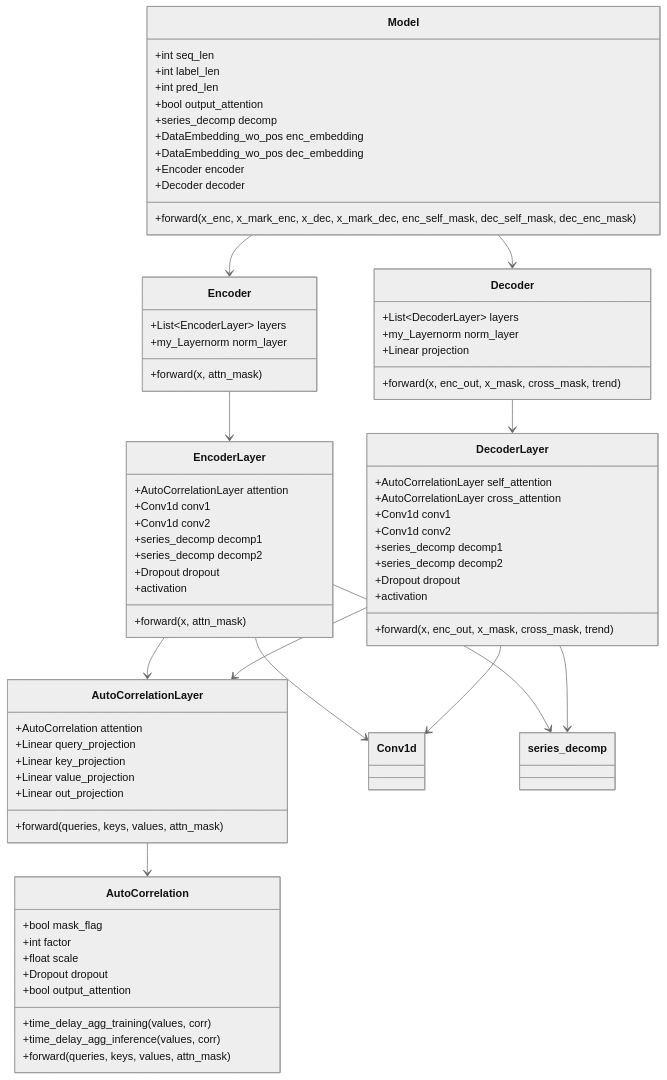
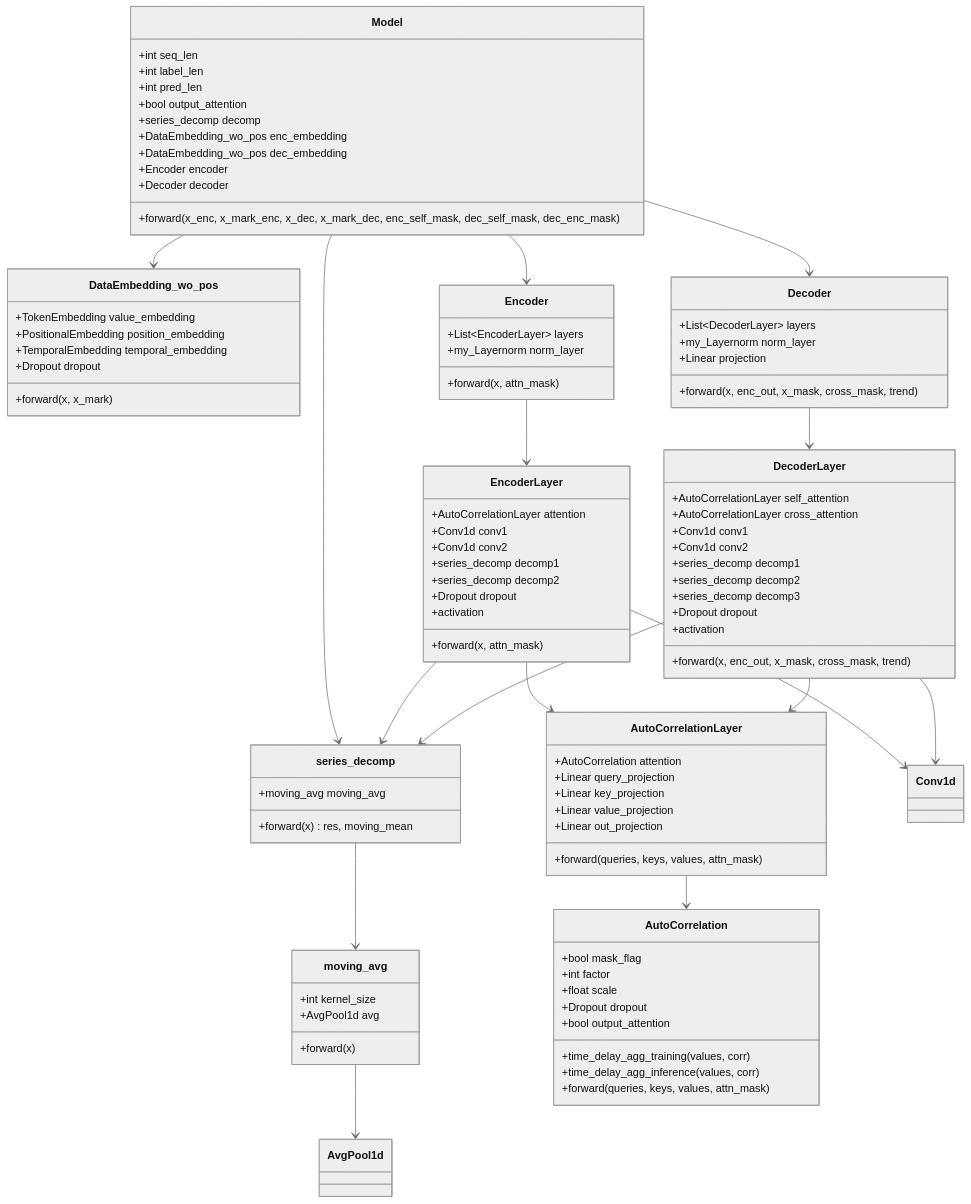
Before and after one commit to dearRongerr/Rongerr.github.io: the fourth of 6 diagrams in docs/Reproduction/6_AutoFormer.md, drawn with Mermaid (neutral theme). The commit also changed other lines of this file and 41 other files, not shown here.

````diff
--- a/docs/Reproduction/6_AutoFormer.md
+++ b/docs/Reproduction/6_AutoFormer.md
@@ -1629,4 +1659,5 @@
 ```mermaid
+
 classDiagram
     class Model {
         +int seq_len
@@ -1639,6 +1670,24 @@
         +Encoder encoder
         +Decoder decoder
         +forward(x_enc, x_mark_enc, x_dec, x_mark_dec, enc_self_mask, dec_self_mask, dec_enc_mask)
+    }
+    
+    class series_decomp {
+    	+moving_avg moving_avg
+        +forward(x) res, moving_mean
+    }
+    class moving_avg {
+        +int kernel_size
+        +AvgPool1d avg
+        +forward(x)
+    }
+    
+    class DataEmbedding_wo_pos {
+        +TokenEmbedding value_embedding
+        +PositionalEmbedding position_embedding
+        +TemporalEmbedding temporal_embedding
+        +Dropout dropout
+        +forward(x, x_mark)
     }
     
     class Encoder {
@@ -1692,11 +1741,14 @@
         +Conv1d conv2
         +series_decomp decomp1
         +series_decomp decomp2
+        +series_decomp decomp3
         +Dropout dropout
         +activation
         +forward(x, enc_out, x_mask, cross_mask, trend)
     }
     
+    Model --> series_decomp
+    Model --> DataEmbedding_wo_pos
     Model --> Encoder
     Model --> Decoder
     Encoder --> EncoderLayer
@@ -1707,5 +1759,7 @@
     Decoder --> DecoderLayer
     DecoderLayer --> AutoCorrelationLayer
     DecoderLayer --> Conv1d
-    DecoderLayer --> series_decomp
+    DecoderLayer --> series_decomp   
+    series_decomp --> moving_avg
+    moving_avg --> AvgPool1d
 ```
````
